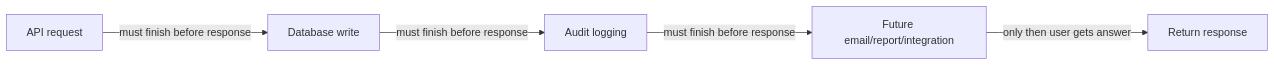
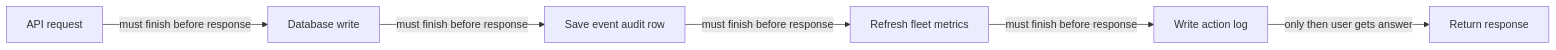
One commit to YonatanMoshes/Rental changed the eighth of 15 diagrams in README.md. Above: the diagram before and after it, drawn with Mermaid. The commit also changed other lines of this file and 7 other files, not shown here.

````diff
--- a/README.md
+++ b/README.md
@@ -467,13 +449,15 @@
 ```mermaid
 flowchart LR
     API["API request"]
     Work1["Database write"]
-    Work2["Audit logging"]
-    Work3["Future email/report/integration"]
+    Work2["Save event audit row"]
+    Work3["Refresh fleet metrics"]
+    Work4["Write action log"]
     Response["Return response"]
 
     API -->|"must finish before response"| Work1
     Work1 -->|"must finish before response"| Work2
     Work2 -->|"must finish before response"| Work3
-    Work3 -->|"only then user gets answer"| Response
+    Work3 -->|"must finish before response"| Work4
+    Work4 -->|"only then user gets answer"| Response
 ```
````
